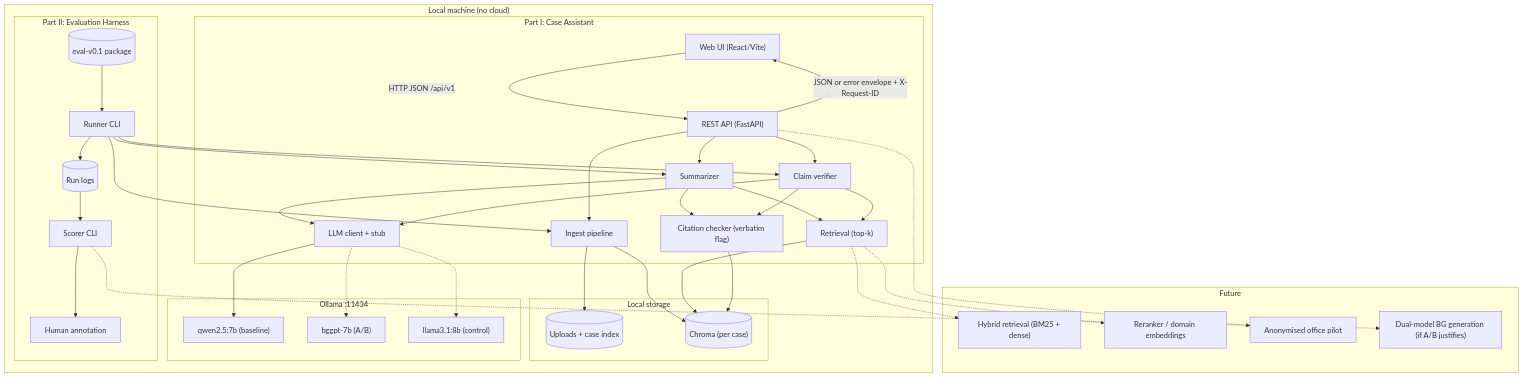
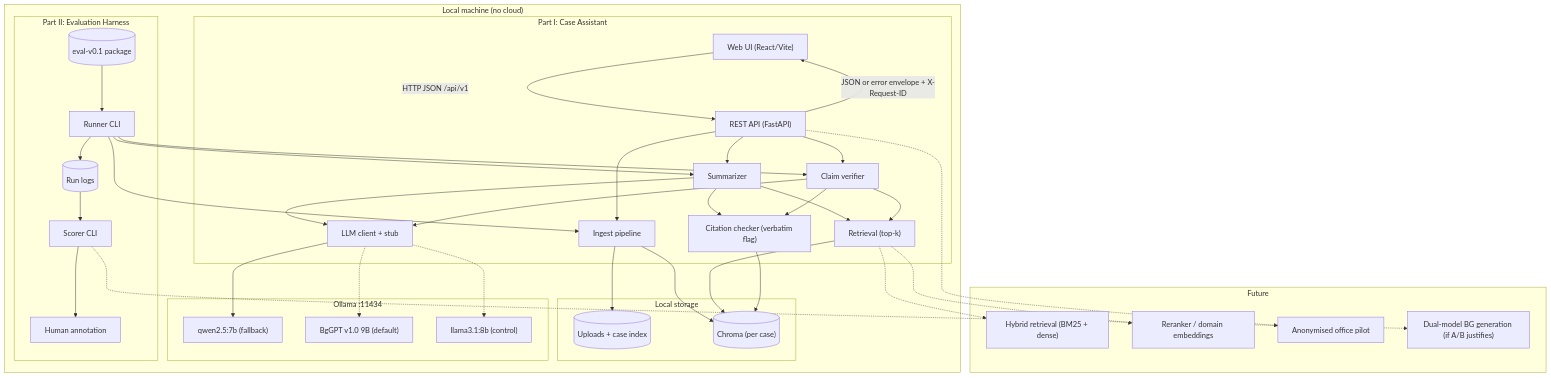
The diagram in docs/PRD.md (mdimitrov1298/Legal-Document-Assistant), drawn with Mermaid before and after one commit. The commit also changed other lines of this file and 9 other files, not shown here.

Commit message:
Make BgGPT v1.0 9B (s_emanuilov/BgGPT-v1.0:9b) the default model; keep qwen2.5:7b as low-memory fallback

````diff
--- a/docs/PRD.md
+++ b/docs/PRD.md
@@ -277,73 +277,73 @@
 ```mermaid
 flowchart TB
     subgraph LocalMachine["Local machine (no cloud)"]
         subgraph Application["Part I: Case Assistant"]
             UI["Web UI (React/Vite)"]
             API["REST API (FastAPI)"]
             ING["Ingest pipeline"]
             RET["Retrieval (top-k)"]
             SUM["Summarizer"]
             VER["Claim verifier"]
             CIT["Citation checker (verbatim flag)"]
             LLMC["LLM client + stub"]
         end
 
         subgraph Storage["Local storage"]
             FILES[("Uploads + case index")]
             CHROMA[("Chroma (per case)")]
         end
 
         subgraph Runtime["Ollama :11434"]
-            QWEN["qwen2.5:7b (baseline)"]
-            BGGPT["bggpt-7b (A/B)"]
+            QWEN["qwen2.5:7b (fallback)"]
+            BGGPT["BgGPT v1.0 9B (default)"]
             LLAMA["llama3.1:8b (control)"]
         end
 
         subgraph Harness["Part II: Evaluation Harness"]
             PKG[("eval-v0.1 package")]
             RUN["Runner CLI"]
             LOGS[("Run logs")]
             SCORE["Scorer CLI"]
             ANN["Human annotation"]
         end
     end
 
     UI -->|"HTTP JSON /api/v1"| API
     API --> ING
     ING --> FILES
     ING --> CHROMA
     API --> SUM
     API --> VER
     SUM --> RET
     VER --> RET
     RET --> CHROMA
     SUM --> LLMC
     VER --> LLMC
     LLMC --> QWEN
     LLMC -.-> BGGPT
     LLMC -.-> LLAMA
     SUM --> CIT
     VER --> CIT
     CIT --> CHROMA
     API -->|"JSON or error envelope + X-Request-ID"| UI
 
     PKG --> RUN
     RUN --> ING
     RUN --> SUM
     RUN --> VER
     RUN --> LOGS
     LOGS --> SCORE
     SCORE --> ANN
 
     subgraph Future["Future"]
         HYB["Hybrid retrieval (BM25 + dense)"]
         RR["Reranker / domain embeddings"]
         PILOT["Anonymised office pilot"]
         DUAL["Dual-model BG generation (if A/B justifies)"]
     end
 
     RET -.-> HYB
     RET -.-> RR
     API -.-> PILOT
     SCORE -.-> DUAL
 ```
````
